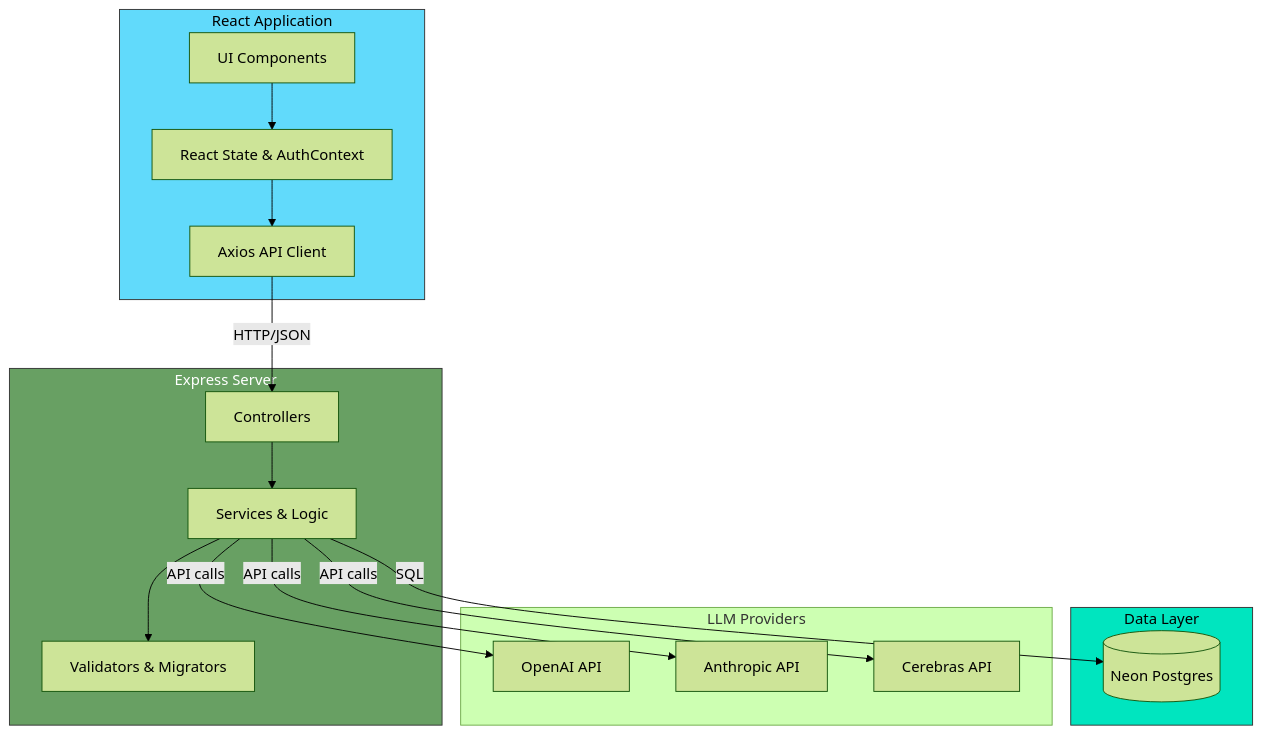
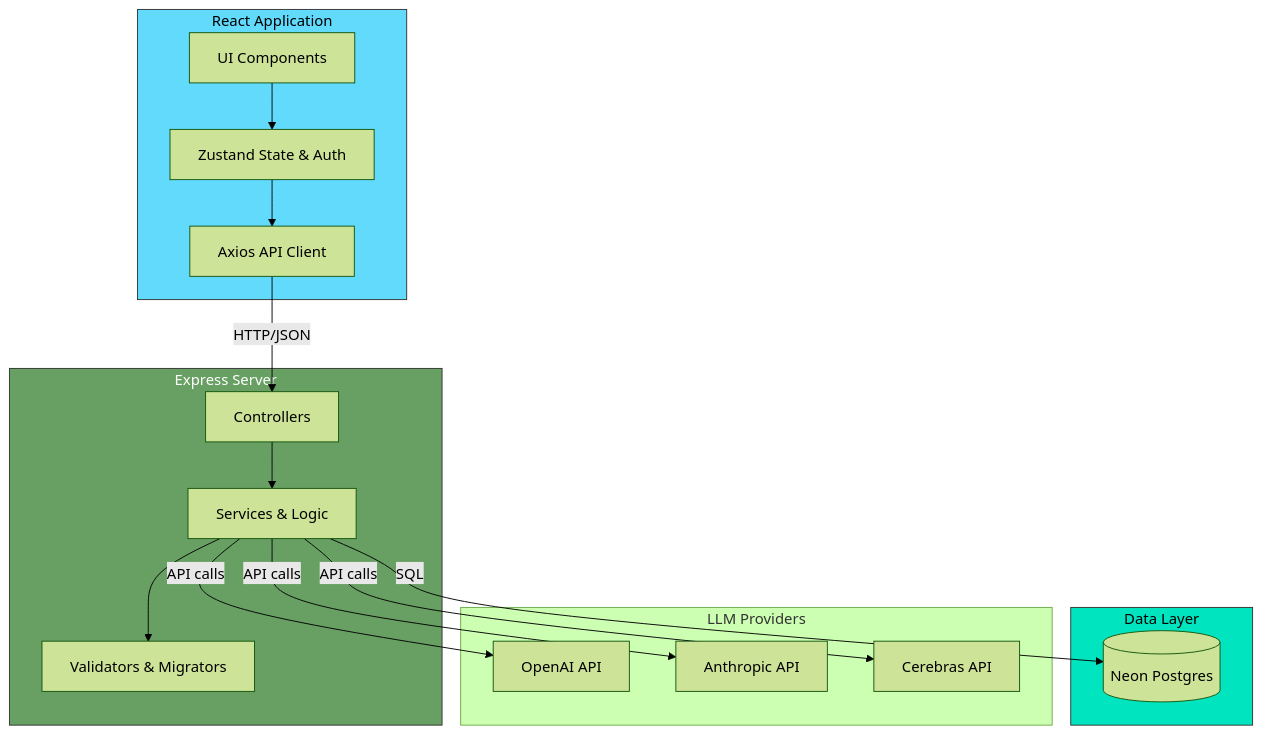
One commit to moatassim0/prompt-defense changed the first of 2 diagrams in docs/architecture.md. Above: the diagram before and after it, drawn with Mermaid (forest theme). The commit also changed other lines of this file and 69 other files, not shown here.

````diff
--- a/docs/architecture.md
+++ b/docs/architecture.md
@@ -7,31 +7,31 @@
 ```mermaid
 graph TD
     subgraph Frontend [React Application]
-        A[UI Components] --> B[React State & AuthContext]
+        A[UI Components] --> B[Zustand State & Auth]
         B --> C[Axios API Client]
     end
 
     subgraph Backend [Express Server]
         C -- HTTP/JSON --> D[Controllers]
         D --> E[Services & Logic]
         E --> F[Validators & Migrators]
     end
 
     subgraph Data [Data Layer]
         E -- SQL --> DB[(Neon Postgres)]
     end
 
     subgraph External [LLM Providers]
         E -- API calls --> OpenAI[OpenAI API]
         E -- API calls --> Anthropic[Anthropic API]
         E -- API calls --> Cerebras[Cerebras API]
     end
 
     classDef react fill:#61dafb,stroke:#333,color:#000;
     classDef express fill:#68a063,stroke:#333,color:#fff;
     classDef db fill:#00e5bf,stroke:#333,color:#000;
     
     class Frontend react;
     class Backend express;
     class Data db;
 ```
````
